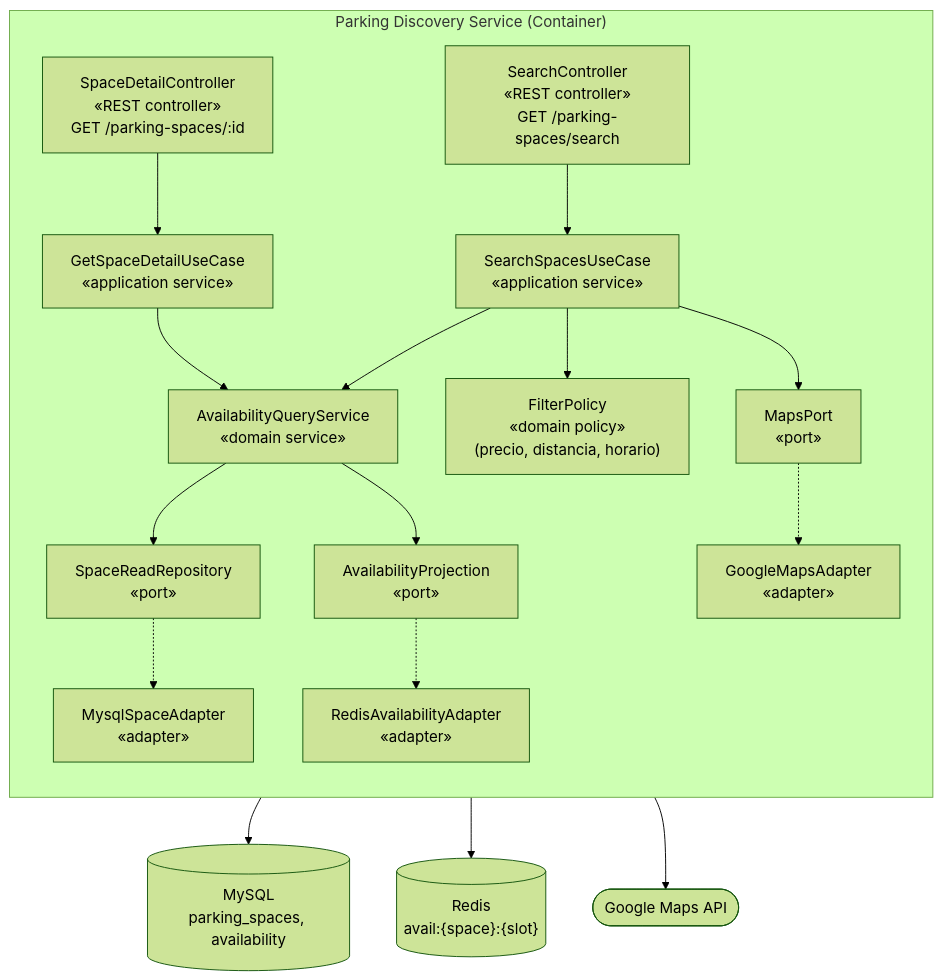
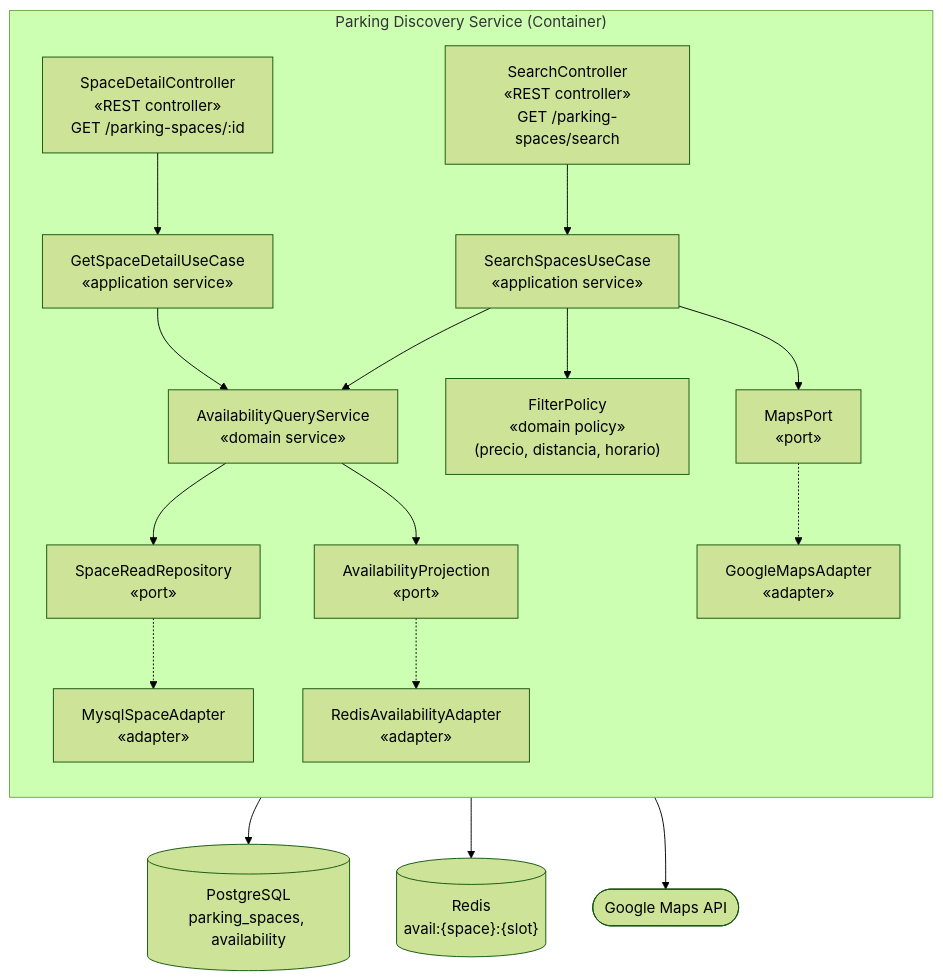
One commit to 1ASI0657-2610-17949-ParkLink/ParkLink-Report changed the third of 12 diagrams in README.md. Above: the diagram before and after it, drawn with Mermaid (forest theme). The commit also changed other lines of this file, not shown here.

Commit message:
fix: actualizar referencias de MySQL a PostgreSQL en dokumentación

````diff
--- a/README.md
+++ b/README.md
@@ -1252,36 +1252,36 @@
 ```mermaid
 flowchart TB
     subgraph Discovery["Parking Discovery Service (Container)"]
         direction TB
         SearchCtrl["SearchController<br/>«REST controller»<br/>GET /parking-spaces/search"]
         DetailCtrl["SpaceDetailController<br/>«REST controller»<br/>GET /parking-spaces/:id"]
         SearchApp["SearchSpacesUseCase<br/>«application service»"]
         DetailApp["GetSpaceDetailUseCase<br/>«application service»"]
         AvailQuery["AvailabilityQueryService<br/>«domain service»"]
         FilterPolicy["FilterPolicy<br/>«domain policy»<br/>(precio, distancia, horario)"]
         SpaceRepo["SpaceReadRepository<br/>«port»"]
         AvailRepo["AvailabilityProjection<br/>«port»"]
         MapsPort["MapsPort<br/>«port»"]
         SpaceAdapter["MysqlSpaceAdapter<br/>«adapter»"]
         AvailAdapter["RedisAvailabilityAdapter<br/>«adapter»"]
         MapsAdapter["GoogleMapsAdapter<br/>«adapter»"]
     end
-    DB[("MySQL<br/>parking_spaces, availability")]
+    DB[("PostgreSQL<br/>parking_spaces, availability")]
     Cache[("Redis<br/>avail:{space}:{slot}")]
     Maps(["Google Maps API"])
 
     SearchCtrl --> SearchApp
     DetailCtrl --> DetailApp
     SearchApp --> AvailQuery
     SearchApp --> FilterPolicy
     DetailApp --> AvailQuery
     AvailQuery --> SpaceRepo
     AvailQuery --> AvailRepo
     SearchApp --> MapsPort
     SpaceRepo -.-> SpaceAdapter
     AvailRepo -.-> AvailAdapter
     MapsPort -.-> MapsAdapter
     SpaceAdapter --> DB
     AvailAdapter --> Cache
     MapsAdapter --> Maps
 ```
````
